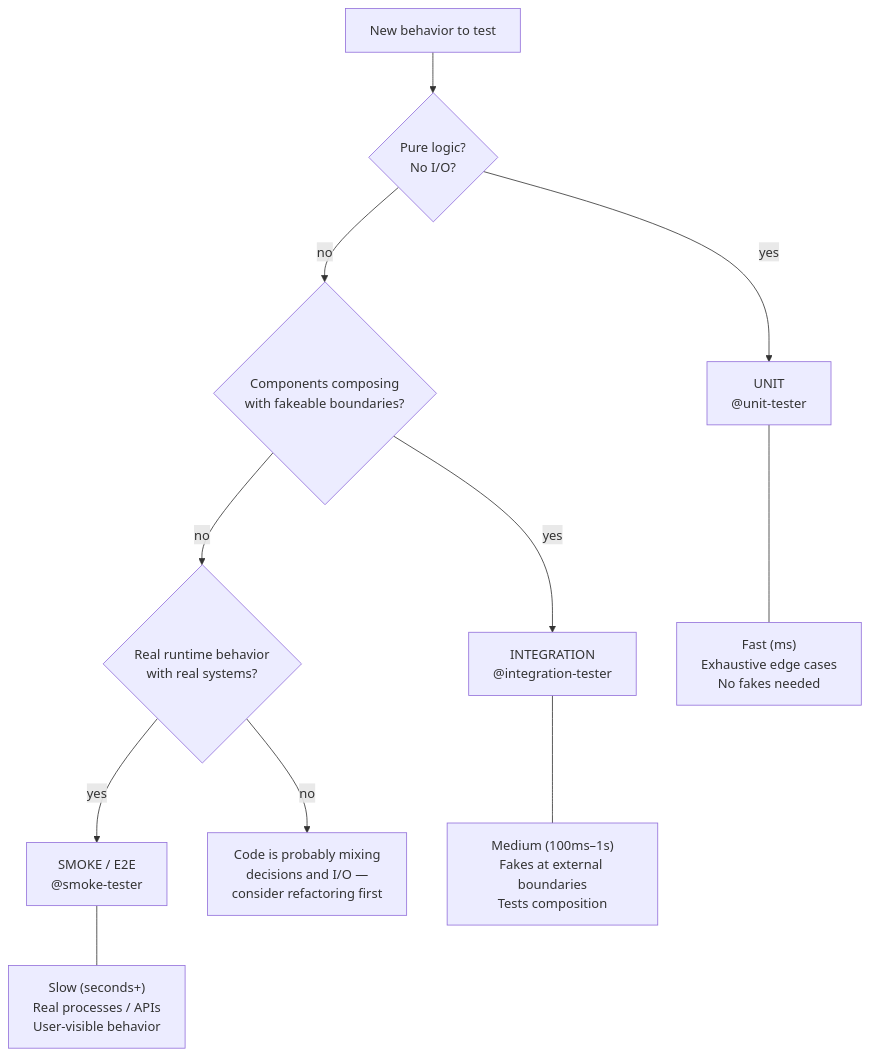
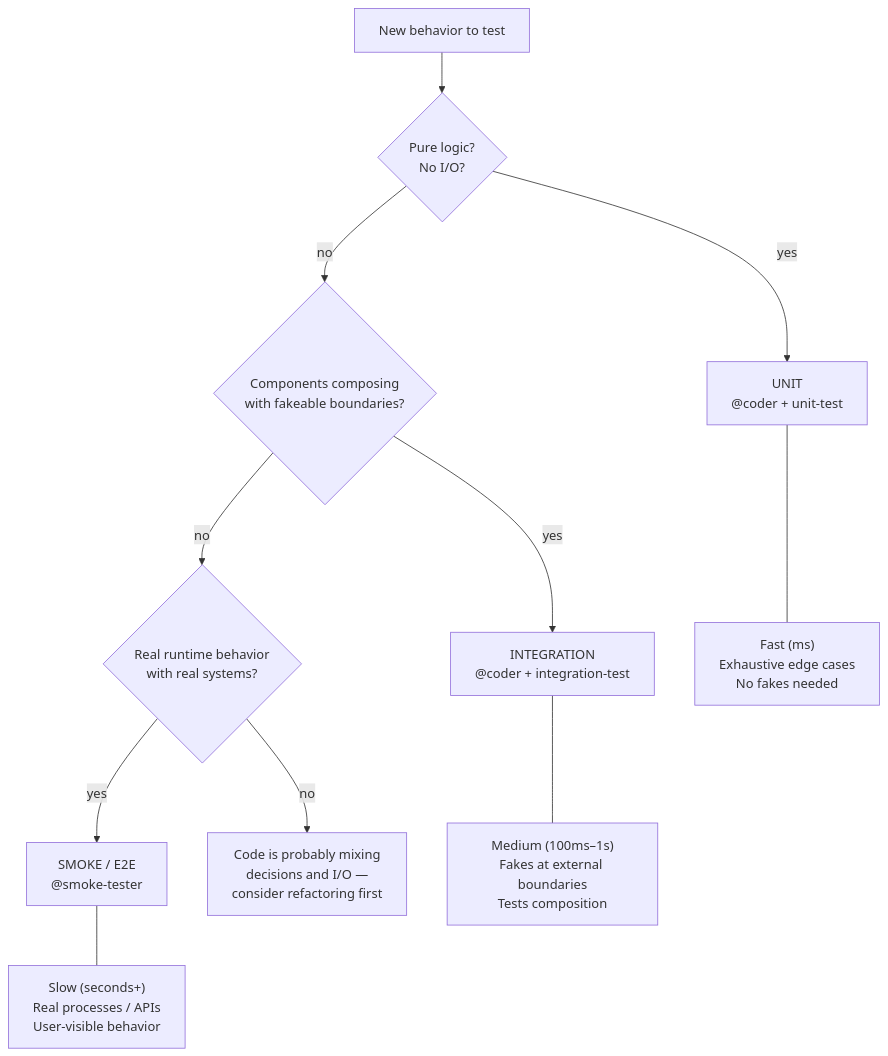
The diagram in skills/testing-principles/resources/tier-judgment.md (haowjy/meridian-dev-workflow), drawn with Mermaid before and after one commit. The commit also changed 16 other files, not shown here.

First line of the commit message:
Deprecate unit-tester, add test-quality review, strengthen deletion guidance

````diff
--- a/skills/testing-principles/resources/tier-judgment.md
+++ b/skills/testing-principles/resources/tier-judgment.md
@@ -7,14 +7,14 @@
 ```mermaid
 flowchart TD
     START[New behavior to test] --> Q1{"Pure logic?<br/>No I/O?"}
-    Q1 -->|yes| UNIT["UNIT<br/>@unit-tester"]
+    Q1 -->|yes| UNIT["UNIT<br/>@coder + unit-test"]
     Q1 -->|no| Q2{"Components composing<br/>with fakeable boundaries?"}
-    Q2 -->|yes| INT["INTEGRATION<br/>@integration-tester"]
+    Q2 -->|yes| INT["INTEGRATION<br/>@coder + integration-test"]
     Q2 -->|no| Q3{"Real runtime behavior<br/>with real systems?"}
     Q3 -->|yes| SMOKE["SMOKE / E2E<br/>@smoke-tester"]
     Q3 -->|no| REFACTOR["Code is probably mixing<br/>decisions and I/O —<br/>consider refactoring first"]
 
     UNIT --- U_P["Fast (ms)<br/>Exhaustive edge cases<br/>No fakes needed"]
     INT --- I_P["Medium (100ms–1s)<br/>Fakes at external boundaries<br/>Tests composition"]
     SMOKE --- S_P["Slow (seconds+)<br/>Real processes / APIs<br/>User-visible behavior"]
 ```
````
